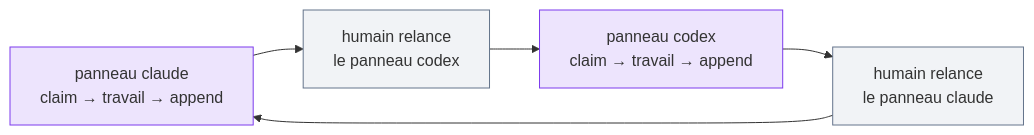
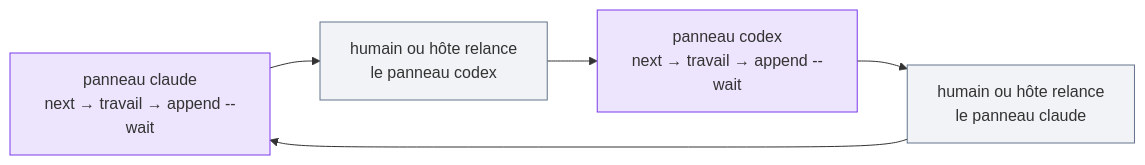
One commit to M8Shift/m8shift.github.io changed the diagram in docs/fr/guide/vscode.md. Above: the diagram before and after it, drawn with Mermaid. The commit also changed other lines of this file and 37 other files, not shown here.

````diff
--- a/docs/fr/guide/vscode.md
+++ b/docs/fr/guide/vscode.md
@@ -8,11 +8,11 @@
 ```mermaid
 flowchart LR
-    CW["panneau claude<br/>claim → travail → append"] --> H1["humain relance<br/>le panneau codex"]
-    H1 --> XW["panneau codex<br/>claim → travail → append"]
-    XW --> H2["humain relance<br/>le panneau claude"]
+    CW["panneau claude<br/>next → travail → append --wait"] --> H1["humain ou hôte relance<br/>le panneau codex"]
+    H1 --> XW["panneau codex<br/>next → travail → append --wait"]
+    XW --> H2["humain ou hôte relance<br/>le panneau claude"]
     H2 --> CW
     classDef agent fill:#7c3aed22,stroke:#7c3aed;
     classDef wait fill:#94a3b822,stroke:#64748b;
     class CW,XW agent;
     class H1,H2 wait;
 ```
````
